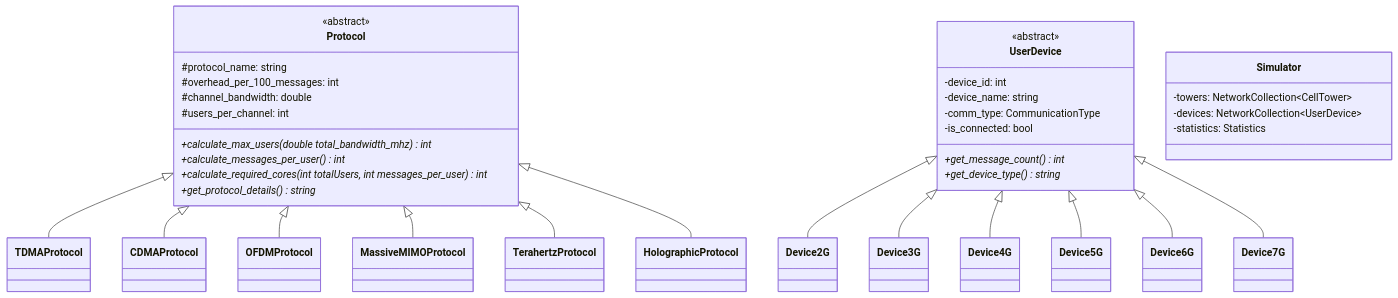
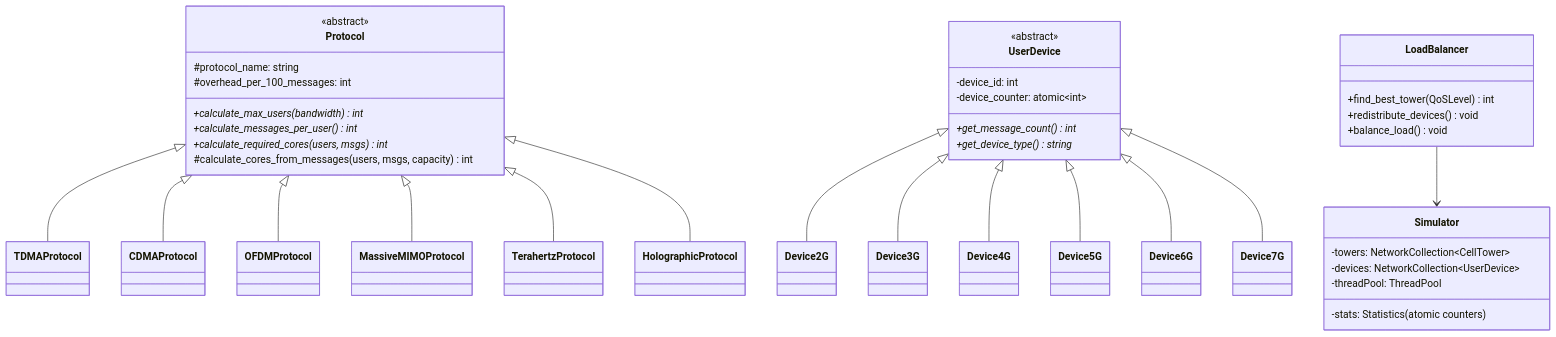
Before and after one commit to Necromancer0912/cellular-network-simulator: the second of 2 diagrams in README.md, drawn with Mermaid. The commit also changed other lines of this file and 30 other files, not shown here.

First line of the commit message:
Fix concurrency bugs, rewrite benchmark honestly, implement LoadBalancer, rewrite docs

````diff
--- a/README.md
+++ b/README.md
@@ -134,54 +116,58 @@
 ```mermaid
 classDiagram
     class Protocol {
         <<abstract>>
         #protocol_name: string
         #overhead_per_100_messages: int
-        #channel_bandwidth: double
-        #users_per_channel: int
-        +calculate_max_users(double total_bandwidth_mhz)* int
+        +calculate_max_users(bandwidth)* int
         +calculate_messages_per_user()* int
-        +calculate_required_cores(int totalUsers, int messages_per_user)* int
-        +get_protocol_details()* string
+        +calculate_required_cores(users, msgs)* int
+        #calculate_cores_from_messages(users, msgs, capacity) int
     }
     class TDMAProtocol
     class CDMAProtocol
     class OFDMProtocol
     class MassiveMIMOProtocol
     class TerahertzProtocol
     class HolographicProtocol
     Protocol <|-- TDMAProtocol
     Protocol <|-- CDMAProtocol
     Protocol <|-- OFDMProtocol
     Protocol <|-- MassiveMIMOProtocol
     Protocol <|-- TerahertzProtocol
     Protocol <|-- HolographicProtocol
 
     class UserDevice {
         <<abstract>>
         -device_id: int
-        -device_name: string
-        -comm_type: CommunicationType
-        -is_connected: bool
+        -device_counter: atomic~int~
         +get_message_count()* int
         +get_device_type()* string
     }
     class Device2G
     class Device3G
     class Device4G
     class Device5G
     class Device6G
     class Device7G
     UserDevice <|-- Device2G
     UserDevice <|-- Device3G
     UserDevice <|-- Device4G
     UserDevice <|-- Device5G
     UserDevice <|-- Device6G
     UserDevice <|-- Device7G
 
     class Simulator {
         -towers: NetworkCollection~CellTower~
         -devices: NetworkCollection~UserDevice~
-        -statistics: Statistics
+        -threadPool: ThreadPool
+        -stats: Statistics (atomic counters)
     }
+
+    class LoadBalancer {
+        +find_best_tower(QoSLevel) int
+        +redistribute_devices() void
+        +balance_load() void
+    }
+    LoadBalancer --> Simulator
 ```
````
